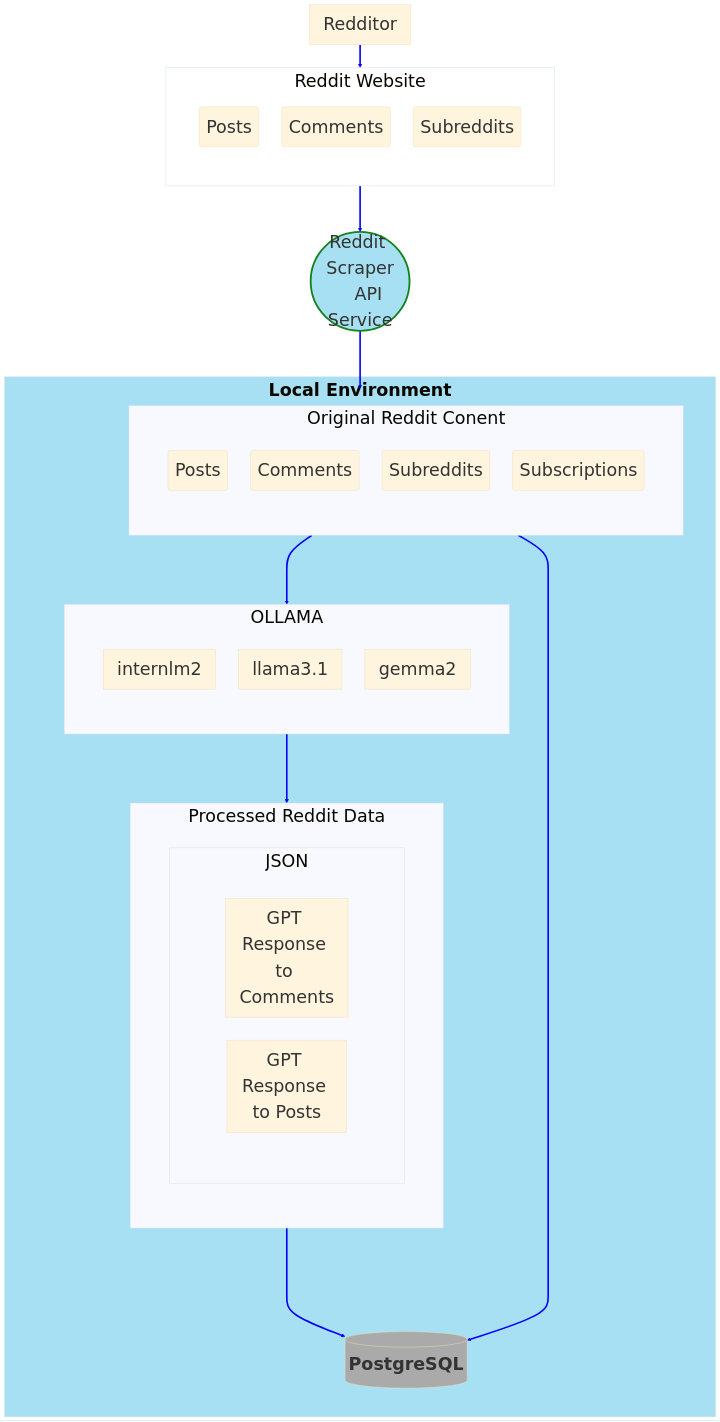
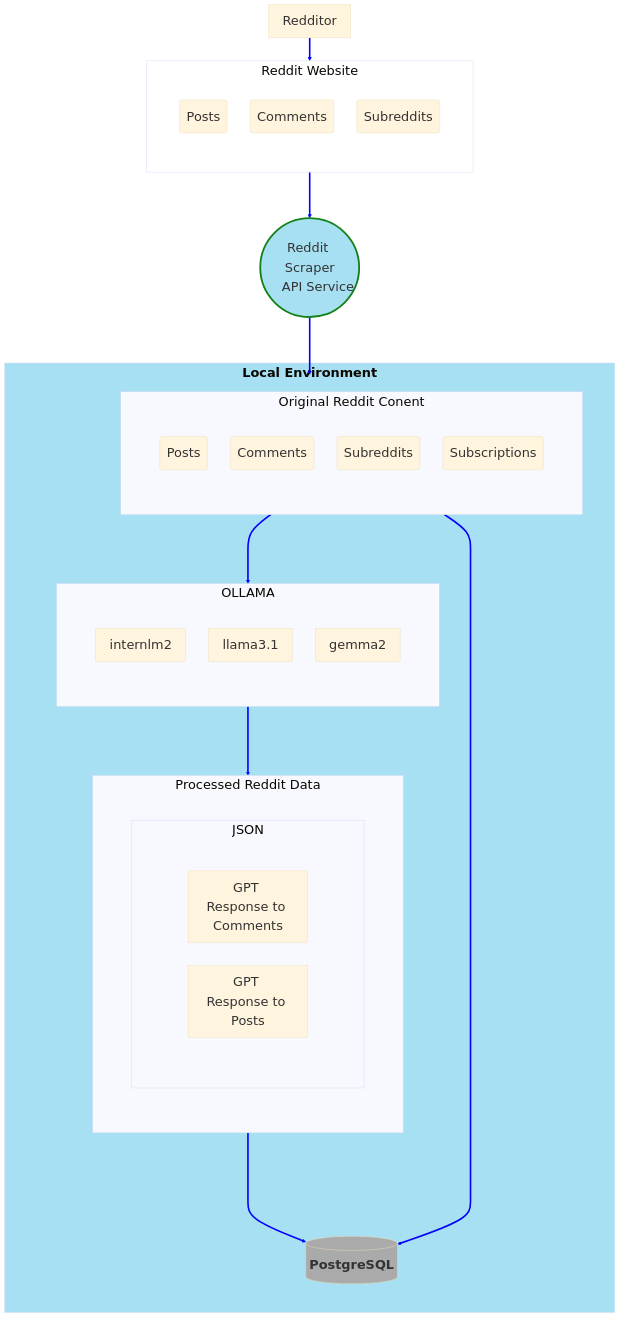
One commit to ovaisq/LLM-RedditScraper changed the first of 3 diagrams in README.md. Above: the diagram before and after it, drawn with Mermaid. The commit also changed other lines of this file and 14 other files, not shown here.

Commit message:
fixed typo in the font size settings

````diff
--- a/README.md
+++ b/README.md
@@ -11,64 +6,64 @@
 ```mermaid
-%%{init: {'theme': 'base', "loglevel":1,'themeVariables': {'lineColor': 'Blue', 'fontSize':'38px',"fontFamily": "Trebuchet MS"}}}%%
+%%{init: {'theme': 'base', "loglevel":1,'themeVariables': {'lineColor': 'Blue', 'fontSize':'28px',"fontFamily": "Trebuchet MS"}}}%%
 flowchart TD
     style Reddit fill:#fff
     style RR fill:#a7e0f2,stroke:#13821a,stroke-width:4px
     style LocalEnv fill:#a7e0f2
     style PSQL fill:#aaa
 
     classDef subgraph_padding fill:none,stroke:none
     Rr[Redditor]
     RR(("Reddit Scraper
     API Service"))
 
 
     Rr ==> Reddit ===> RR ===> ORD
     ORD ===> OLLAMA ===> PRD ====> PSQL
     ORD ==> PSQL
 
     subgraph Reddit["Reddit Website"]
         subgraph blank2[ ]
             RP(Posts)
             RC(Comments)
             RA(Subreddits)
         end
     end
 
-    subgraph LocalEnv["`**Local&nbspEnvironment**`"]
+    subgraph LocalEnv["`**Local Environment**`"]
         subgraph blank[ ]
             direction TB
             PSQL[("`**PostgreSQL**`")]
             subgraph ORD["Original Reddit Conent"]
                 subgraph blank3[ ]
                     ORP(Posts)
                     ORC(Comments)
                     ORA(Subreddits)
                     ORB(Subscriptions)
                 end
             end
             subgraph OLLAMA
                 subgraph blank4[ ]
                     LLM1[internlm2]
                     LLM2[llama3.1]
                     LLM3[gemma2]
                 end
             end
             subgraph PRD["Processed Reddit Data"]
                 subgraph blank5[ ]
                     subgraph JSON
                         subgraph blank6[ ]
                             JAC["GPT Response to Comments"]
                             JAP["GPT Response to Posts"]
                         end
                     end
                 end
             end
         end
     end
     class blank subgraph_padding
     class blank2 subgraph_padding
     class blank3 subgraph_padding
     class blank4 subgraph_padding
     class blank5 subgraph_padding
     class blank6 subgraph_padding
 ```
````
